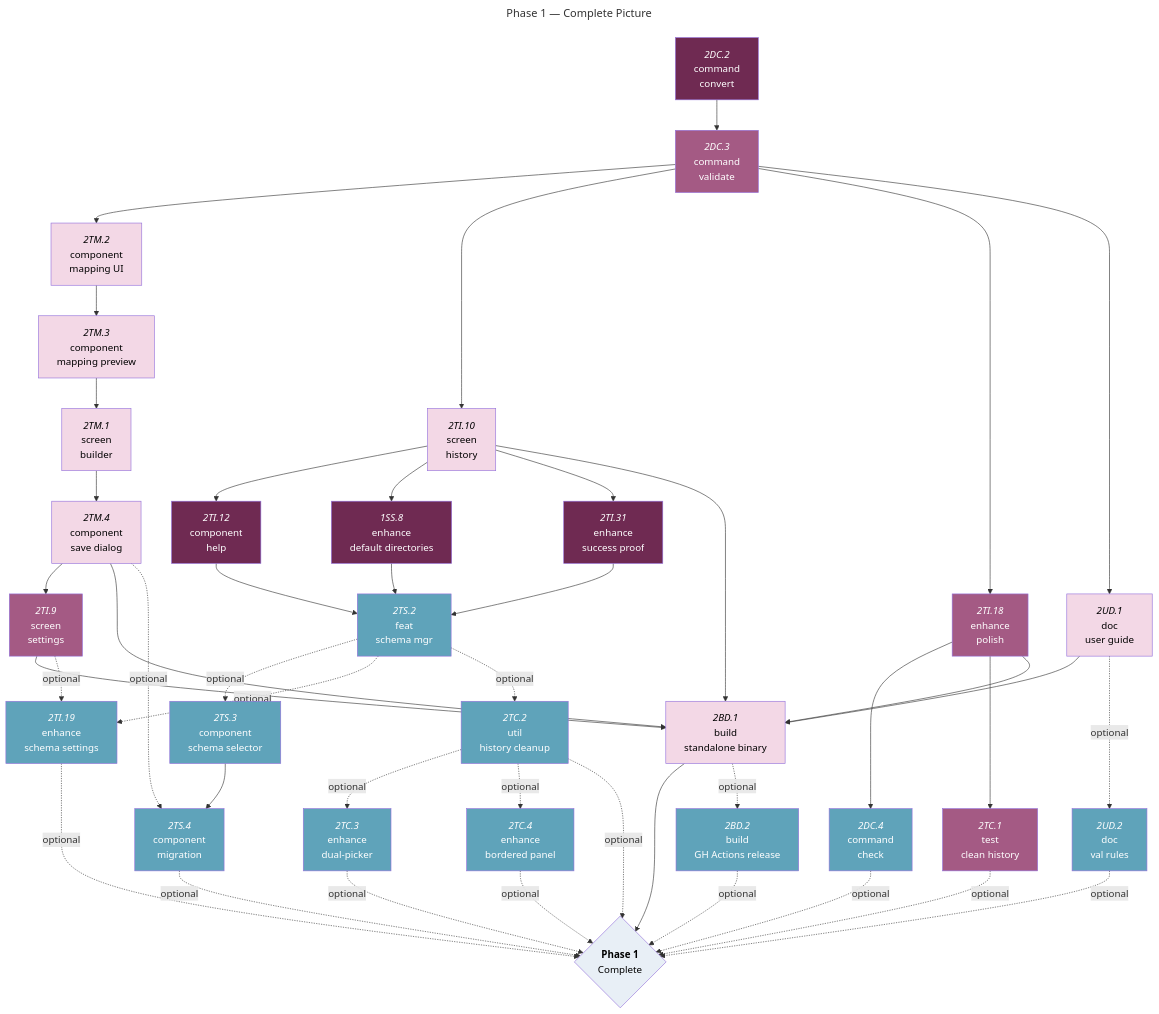
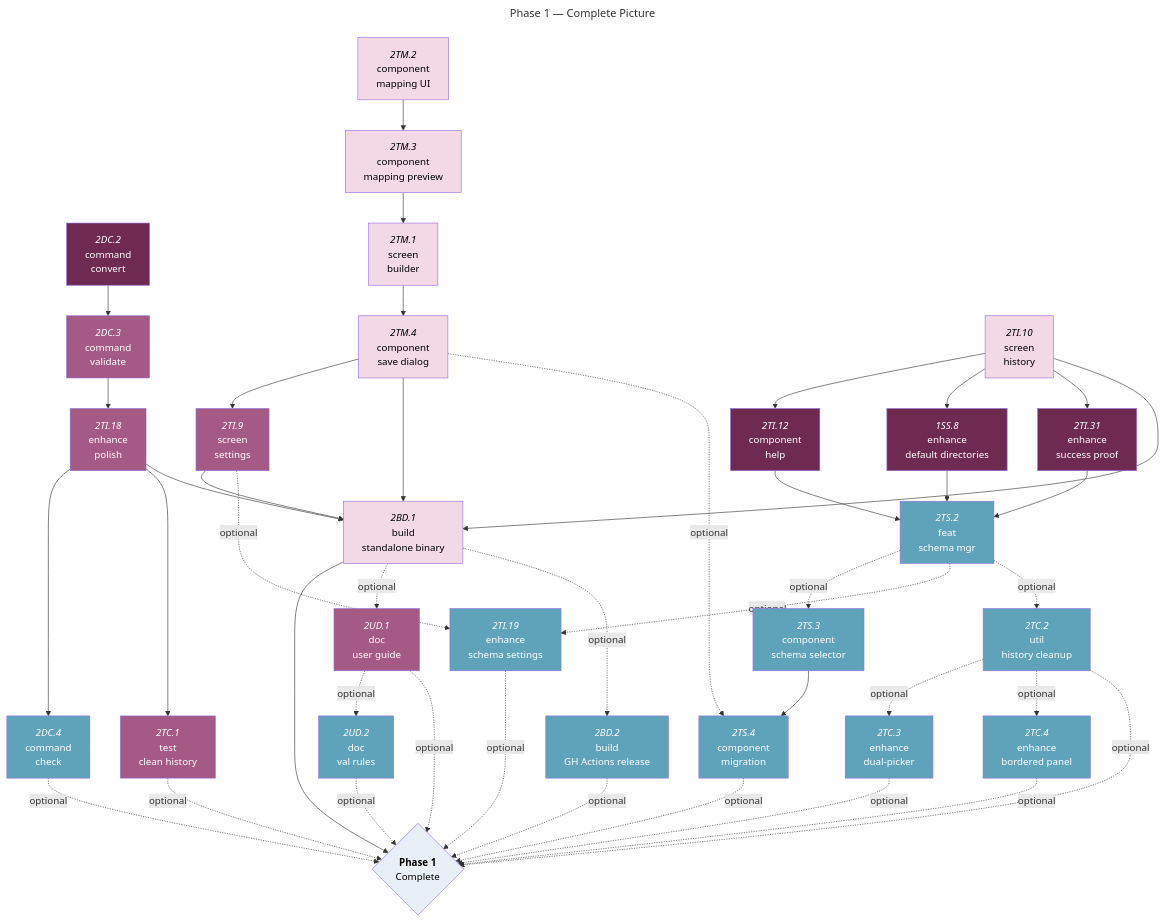
The fourth of 4 diagrams in docs/roadmaps/phase-1-mvp-features.md (foundersandcoders/iris), drawn with Mermaid before and after one commit. The commit also changed other lines of this file, not shown here.

````diff
--- a/docs/roadmaps/phase-1-mvp-features.md
+++ b/docs/roadmaps/phase-1-mvp-features.md
@@ -323,78 +323,78 @@
 ```mermaid
 ---
 title: Phase 1 — Complete Picture
 ---
 graph TD
 
 %% M2A Tasks (optional enhancements) %%
 2TI.12["`*2TI.12*<br/>component<br/>help`"]:::should-open
 1SS.8["`*1SS.8*<br/>enhance<br/>default directories`"]:::should-open
 2TI.31["`*2TI.31*<br/>enhance<br/>success proof`"]:::should-open
 
 %% M2B Tasks %%
 2DC.2["`*2DC.2*<br/>command<br/>convert`"]:::should-open
 2DC.3["`*2DC.3*<br/>command<br/>validate`"]:::should-blocked
 2DC.4["`*2DC.4*<br/>command<br/>check`"]:::could-blocked
 
 %% M2C Tasks %%
 2TM.2["`*2TM.2*<br/>component<br/>mapping UI`"]:::must-blocked
 2TM.3["`*2TM.3*<br/>component<br/>mapping preview`"]:::must-blocked
 2TM.1["`*2TM.1*<br/>screen<br/>builder`"]:::must-blocked
 2TM.4["`*2TM.4*<br/>component<br/>save dialog`"]:::must-blocked
 2TI.9["`*2TI.9*<br/>screen<br/>settings`"]:::should-blocked
 2TS.2["`*2TS.2*<br/>feat<br/>schema mgr`"]:::could-blocked
 2TS.3["`*2TS.3*<br/>component<br/>schema selector`"]:::could-blocked
 2TS.4["`*2TS.4*<br/>component</br>migration`"]:::could-blocked
 2TI.19["`*2TI.19*<br/>enhance<br/>schema settings`"]:::could-blocked
 2TI.10["`*2TI.10*<br/>screen<br/>history`"]:::must-blocked
 2TI.18["`*2TI.18*<br/>enhance<br/>polish`"]:::should-blocked
 2TC.1["`*2TC.1*<br/>test<br/>clean history`"]:::should-blocked
-2UD.1["`*2UD.1*<br/>doc<br/>user guide`"]:::must-blocked
+2UD.1["`*2UD.1*<br/>doc<br/>user guide`"]:::should-blocked
 2UD.2["`*2UD.2*<br/>doc<br/>val rules`"]:::could-blocked
 2TC.2["`*2TC.2*<br/>util<br/>history cleanup`"]:::could-blocked
 2TC.3["`*2TC.3*<br/>enhance<br/>dual-picker`"]:::could-blocked
 2TC.4["`*2TC.4*<br/>enhance<br/>bordered panel`"]:::could-blocked
 
 %% Build & Distribution %%
 2BD.1["`*2BD.1*<br/>build<br/>standalone binary`"]:::must-blocked
 2BD.2["`*2BD.2*<br/>build<br/>GH Actions release`"]:::could-blocked
 
 %% Milestone nodes %%
 phase1{"`**Phase 1**<br/>Complete`"}:::mile
 
 %% M2A Dependencies %%
 
 %% M2B Dependencies %%
 2DC.2 --> 2DC.3
-2DC.3 --> 2TM.2 & 2TI.10 & 2TI.18 & 2UD.1
+2DC.3 --> 2TI.18
 
 %% M2C Dependencies %%
 2TM.2 --> 2TM.3
 2TM.3 --> 2TM.1
 2TM.1 --> 2TM.4
 2TM.4 --> 2TI.9
 2TI.10 --> 2TI.12 & 1SS.8 & 2TI.31
 2TI.12 & 1SS.8 & 2TI.31 --> 2TS.2
 2TI.18 --> 2DC.4 & 2TC.1
 2TS.3 --> 2TS.4
-2TI.9 & 2TI.10 & 2TI.18 & 2UD.1 & 2TM.4 --> 2BD.1
+2TI.9 & 2TI.10 & 2TI.18 & 2TM.4 --> 2BD.1
 2BD.1 --> phase1
 
 %% OPTIONAL %%
-2BD.1 -.->|optional| 2BD.2
+2BD.1 -.->|optional| 2UD.1 & 2BD.2
 2BD.2 -.->|optional| phase1
-2UD.1 -.->|optional| 2UD.2
+2UD.1 -.->|optional| 2UD.2 & phase1
 2TI.9 -.->|optional| 2TI.19
 2TM.4 -.->|optional| 2TS.4
 2TS.2 -.->|optional| 2TS.3 & 2TI.19 & 2TC.2
 2TC.2 -.->|optional| 2TC.3 & 2TC.4
 2DC.4 & 2TI.19 & 2TS.4 & 2UD.2 & 2TC.1 & 2TC.2 & 2TC.3 & 2TC.4 -.->|optional| phase1
 
 classDef must-open fill:#D6A3BF,color:#000;
 classDef must-blocked fill:#F3D8E6,color:#000;
 classDef should-open fill:#6F2A52,color:#fff;
 classDef should-blocked fill:#A45A84,color:#fff;
 classDef could-open fill:#3E7F96,color:#fff;
 classDef could-blocked fill:#5FA3BA,color:#fff;
 classDef mile fill:#E8EFF6,color:#000;
 ```
````
